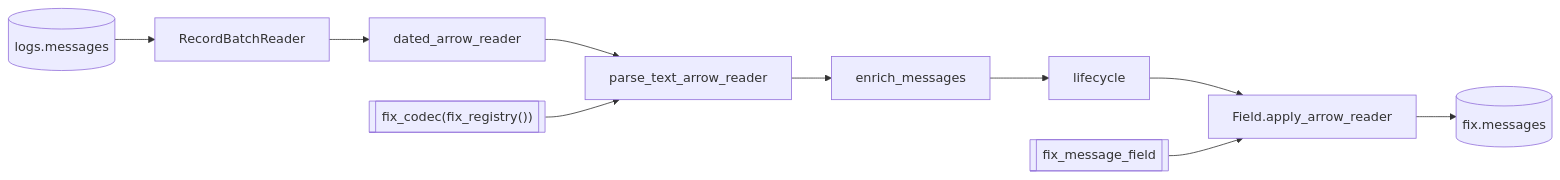
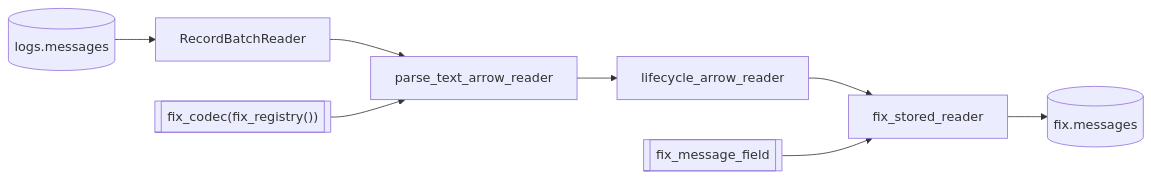
The diagram in docs/pipeline/tasks/parse-fix.md (Platob/yggfin), drawn with Mermaid before and after one commit. The commit also changed other lines of this file and 1126 other files, not shown here.

````diff
--- a/docs/pipeline/tasks/parse-fix.md
+++ b/docs/pipeline/tasks/parse-fix.md
@@ -78,12 +84,10 @@
 ```mermaid
 flowchart LR
     M[("logs.messages")] --> R["RecordBatchReader"]
-    R --> T["dated_arrow_reader"]
-    T --> P["parse_text_arrow_reader"]
+    R --> P["parse_text_arrow_reader"]
     D[["fix_codec(fix_registry())"]] --> P
-    P --> E["enrich_messages"]
-    E --> L["lifecycle"]
-    L --> A["Field.apply_arrow_reader"]
+    P --> L["lifecycle_arrow_reader"]
+    L --> A["fix_stored_reader"]
     N[["fix_message_field"]] --> A
     A --> F[("fix.messages")]
 ```
````
